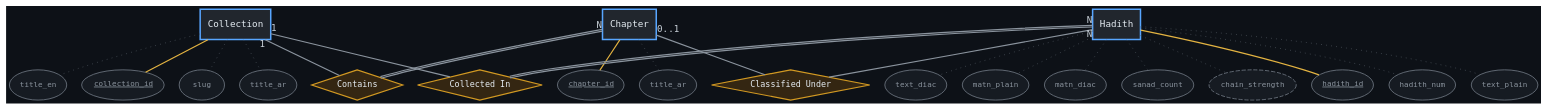
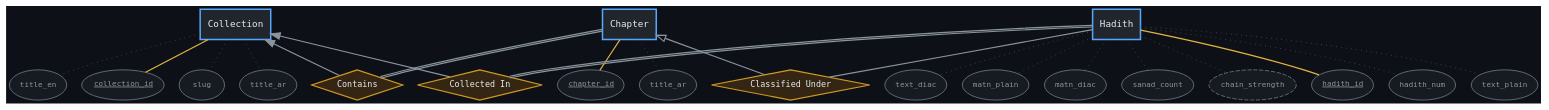
One commit to Kamrulhasan12345/ilham changed the diagram in docs/erd/chen/biblio.dot. Above: the diagram before and after it, drawn with Graphviz. The commit also changed 55 other files, not shown here.

```diff
--- a/docs/erd/chen/biblio.dot
+++ b/docs/erd/chen/biblio.dot
@@ -1,64 +1,68 @@
-graph ERD_Biblio {
+digraph ERD_Biblio {
     bgcolor="#0D1117";
     splines=spline;
     overlap=prism;
     sep="+8";
     esep="+4";
     K=1.1;
     graph [fontname="DejaVu Sans Mono", fontcolor="#C9D1D9"];
     node [fontname="DejaVu Sans Mono", fontsize=11];
-    edge [fontname="DejaVu Sans Mono", fontsize=9, color="#8B949E", fontcolor="#C9D1D9"];
+    // Cardinality is carried by arrowheads, not 1/N labels. The arrow points at
+    // the "one" side: filled = exactly one, hollow = at most one, none = many.
+    // Written `Entity -> Relationship`, so the head lands on the tail (dir=back).
+    // dir=none is the graph-level default -- attribute and ISA edges stay plain.
+    edge [fontname="DejaVu Sans Mono", fontsize=9, color="#8B949E", fontcolor="#C9D1D9", dir=none, arrowsize=1.1];
 
     // Entity boxes
     node [shape=box, style="filled,bold", penwidth=1.8, fillcolor="#21262D", color="#58A6FF", fontcolor="#E6EDF3"];
     Collection; Chapter; Hadith;
 
     // Relationship diamonds
     node [shape=diamond, style=filled, fillcolor="#342612", color="#D29922", penwidth=1.4, fontsize=10, fontcolor="#E6EDF3"];
     Contains_CollCh [label="Contains"];
     CollectedIn     [label="Collected In"];
     ClassifiedUnder [label="Classified Under"];
 
     // Attribute ellipses
     node [shape=ellipse, style="filled", fillcolor="#161B22", color="#6E7681", penwidth=1, fontsize=9, fontcolor="#8B949E"];
     collection_id [label=<<U>collection_id</U>>];
     slug;
     title_ar;
     title_en;
     chapter_id [label=<<U>chapter_id</U>>];
     ch_title_ar [label="title_ar"];
     hadith_id [label=<<U>hadith_id</U>>];
     hadith_num;
     text_plain;
     text_diac;
     matn_plain;
     matn_diac;
     sanad_count;
     chain_strength [style="filled,dashed"];
 
     // PK attributes with distinctive colour
     edge [color="#484F58", style=dotted];
-    Collection -- collection_id [color="#E3B341", style=solid, penwidth=1.4];
-    Collection -- slug;
-    Collection -- title_ar;
-    Collection -- title_en;
-    Chapter -- chapter_id [color="#E3B341", style=solid, penwidth=1.4];
-    Chapter -- ch_title_ar;
-    Hadith -- hadith_id [color="#E3B341", style=solid, penwidth=1.4];
-    Hadith -- hadith_num;
-    Hadith -- text_plain;
-    Hadith -- text_diac;
-    Hadith -- matn_plain;
-    Hadith -- matn_diac;
-    Hadith -- sanad_count;
-    Hadith -- chain_strength;
+    Collection -> collection_id [color="#E3B341", style=solid, penwidth=1.4];
+    Collection -> slug;
+    Collection -> title_ar;
+    Collection -> title_en;
+    Chapter -> chapter_id [color="#E3B341", style=solid, penwidth=1.4];
+    Chapter -> ch_title_ar;
+    Hadith -> hadith_id [color="#E3B341", style=solid, penwidth=1.4];
+    Hadith -> hadith_num;
+    Hadith -> text_plain;
+    Hadith -> text_diac;
+    Hadith -> matn_plain;
+    Hadith -> matn_diac;
+    Hadith -> sanad_count;
+    Hadith -> chain_strength;
 
     // Relationships (double lines for weak-entity identifying edges)
     edge [color="#8B949E", style=solid, fontsize=11, fontcolor="#C9D1D9", penwidth=1.4];
-    Collection -- Contains_CollCh [taillabel="1"];
-    Chapter    -- Contains_CollCh [taillabel="N", color="#8B949E:#8B949E"];
-    Collection -- CollectedIn [taillabel="1"];
-    Hadith     -- CollectedIn [taillabel="N", color="#8B949E:#8B949E"];
-    Chapter -- ClassifiedUnder [taillabel="0..1"];   // hadiths.chapter_id nullable
-    Hadith  -- ClassifiedUnder [taillabel="N"];
+    Collection -> Contains_CollCh [dir=back, arrowtail=normal];
+    Chapter    -> Contains_CollCh [color="#8B949E:#8B949E"];
+    Collection -> CollectedIn [dir=back, arrowtail=normal];
+    Hadith     -> CollectedIn [color="#8B949E:#8B949E"];
+    Chapter -> ClassifiedUnder [dir=back, arrowtail=onormal];   // hadiths.chapter_id nullable
+    Hadith  -> ClassifiedUnder;
 }
```
